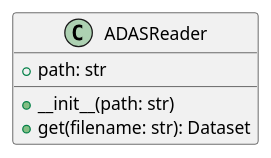
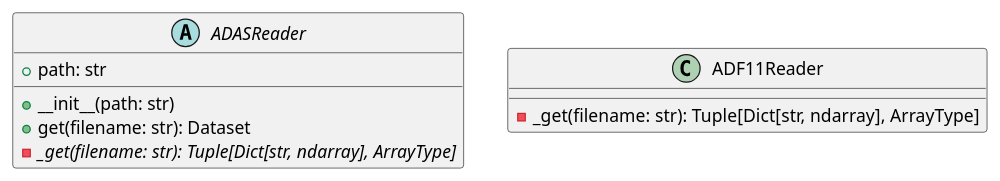
The fourth of 6 diagrams in doc/design.rst (indica-mcf/Indica), drawn with PlantUML before and after one commit. The commit also changed other lines of this file and 4 other files, not shown here.

```diff
--- a/doc/design.rst
+++ b/doc/design.rst
@@ -380,8 +382,13 @@
 .. uml::
 
-   class ADASReader {
+   abstract class ADASReader {
    + path: str
 
    + __init__(path: str)
    + get(filename: str): Dataset
+   - {abstract} _get(filename: str): Tuple[Dict[str, ndarray], ArrayType]
    }
+
+   class ADF11Reader {
+   - _get(filename: str): Tuple[Dict[str, ndarray], ArrayType]
+   }
```
